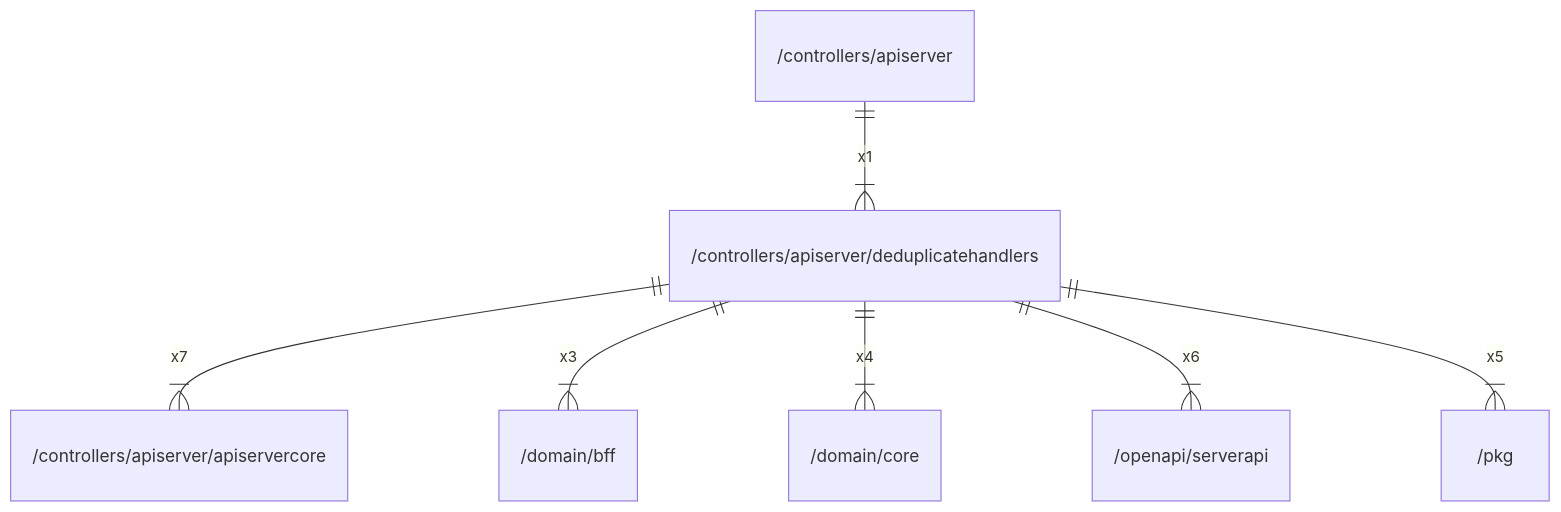
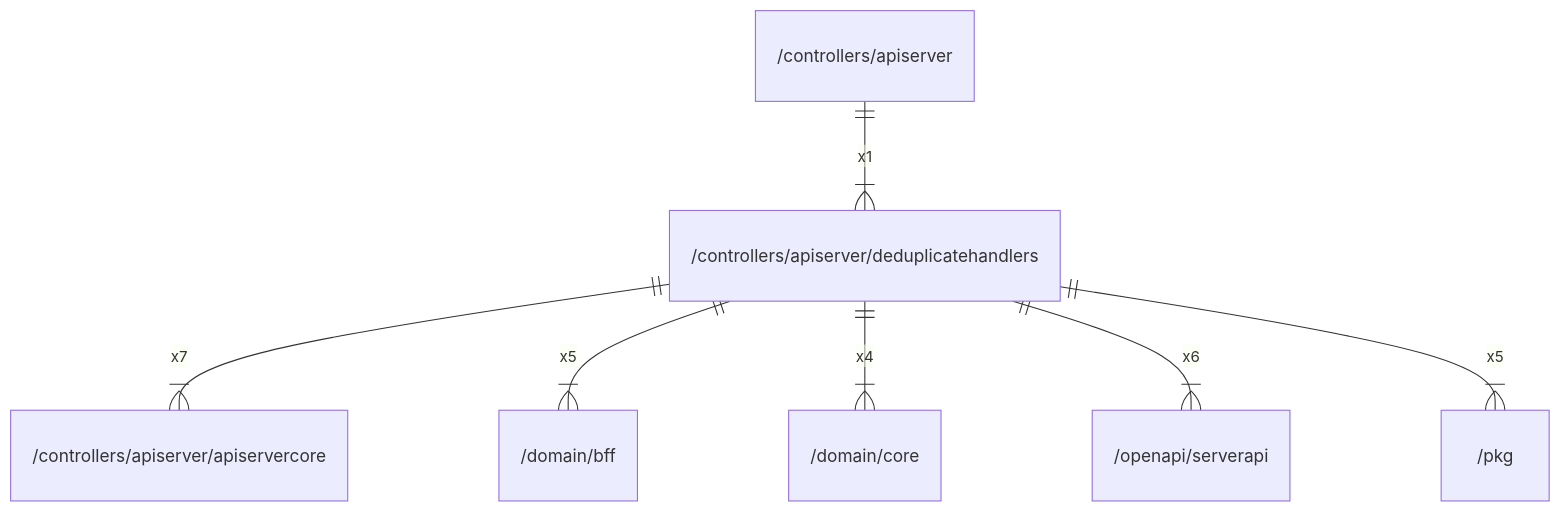
The diagram in docs/arch/controllers/apiserver/deduplicatehandlers.md (gbh007/hgraber-next), drawn with Mermaid before and after one commit. The commit also changed other lines of this file and 52 other files, not shown here.

````diff
--- a/docs/arch/controllers/apiserver/deduplicatehandlers.md
+++ b/docs/arch/controllers/apiserver/deduplicatehandlers.md
@@ -26,9 +26,9 @@
 ```mermaid
 erDiagram
     "/controllers/apiserver" ||--|{ "/controllers/apiserver/deduplicatehandlers" : x1
     "/controllers/apiserver/deduplicatehandlers" ||--|{ "/controllers/apiserver/apiservercore" : x7
-    "/controllers/apiserver/deduplicatehandlers" ||--|{ "/domain/bff" : x3
+    "/controllers/apiserver/deduplicatehandlers" ||--|{ "/domain/bff" : x5
     "/controllers/apiserver/deduplicatehandlers" ||--|{ "/domain/core" : x4
     "/controllers/apiserver/deduplicatehandlers" ||--|{ "/openapi/serverapi" : x6
     "/controllers/apiserver/deduplicatehandlers" ||--|{ "/pkg" : x5
 ```
````
